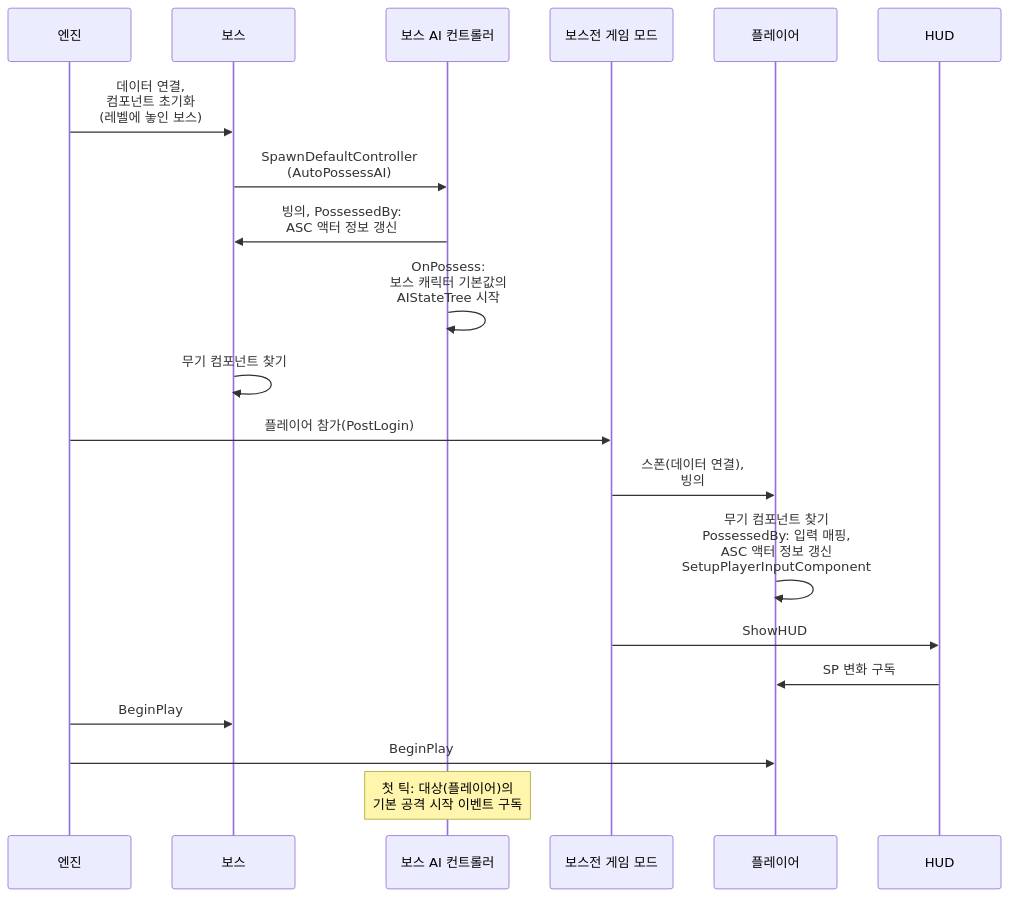
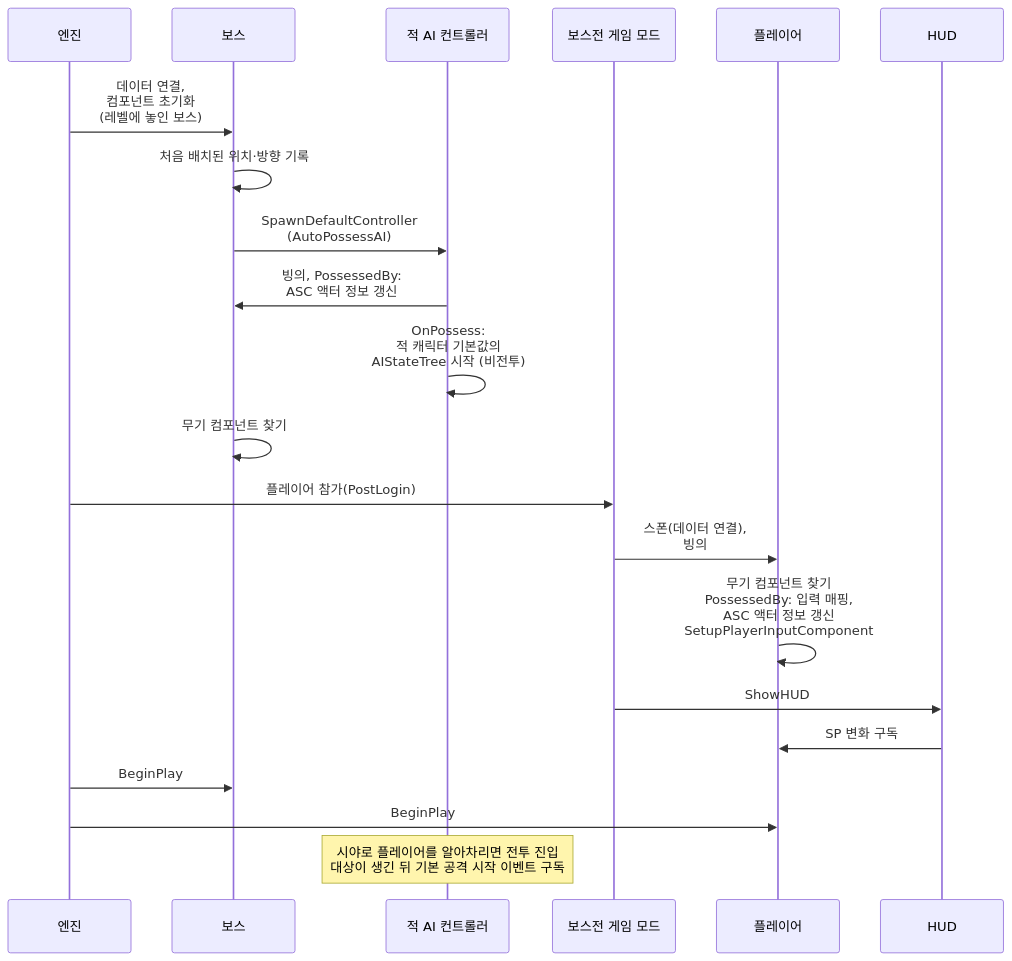
One commit to Woogl/Ag changed the second of 4 diagrams in Docs/Architecture/캐릭터 기반 구조와 GAS.md. Above: the diagram before and after it, drawn with Mermaid. The commit also changed other lines of this file and 23 other files, not shown here.

````diff
--- a/Docs/Architecture/캐릭터 기반 구조와 GAS.md
+++ b/Docs/Architecture/캐릭터 기반 구조와 GAS.md
@@ -80,22 +85,23 @@
 ```mermaid
 sequenceDiagram
     participant E as 엔진
     participant B as 보스
-    participant AI as 보스 AI 컨트롤러
+    participant AI as 적 AI 컨트롤러
     participant GM as 보스전 게임 모드
     participant P as 플레이어
     participant H as HUD
     E->>B: 데이터 연결,<br>컴포넌트 초기화<br>(레벨에 놓인 보스)
+    B->>B: 처음 배치된 위치·방향 기록
     B->>AI: SpawnDefaultController<br>(AutoPossessAI)
     AI->>B: 빙의, PossessedBy:<br>ASC 액터 정보 갱신
-    AI->>AI: OnPossess:<br>보스 캐릭터 기본값의<br>AIStateTree 시작
+    AI->>AI: OnPossess:<br>적 캐릭터 기본값의<br>AIStateTree 시작 (비전투)
     B->>B: 무기 컴포넌트 찾기
     E->>GM: 플레이어 참가(PostLogin)
     GM->>P: 스폰(데이터 연결),<br>빙의
     P->>P: 무기 컴포넌트 찾기<br>PossessedBy: 입력 매핑,<br>ASC 액터 정보 갱신<br>SetupPlayerInputComponent
     GM->>H: ShowHUD
     H->>P: SP 변화 구독
     E->>B: BeginPlay
     E->>P: BeginPlay
-    Note over AI: 첫 틱: 대상(플레이어)의<br>기본 공격 시작 이벤트 구독
+    Note over AI: 시야로 플레이어를 알아차리면 전투 진입<br>대상이 생긴 뒤 기본 공격 시작 이벤트 구독
 ```
````
